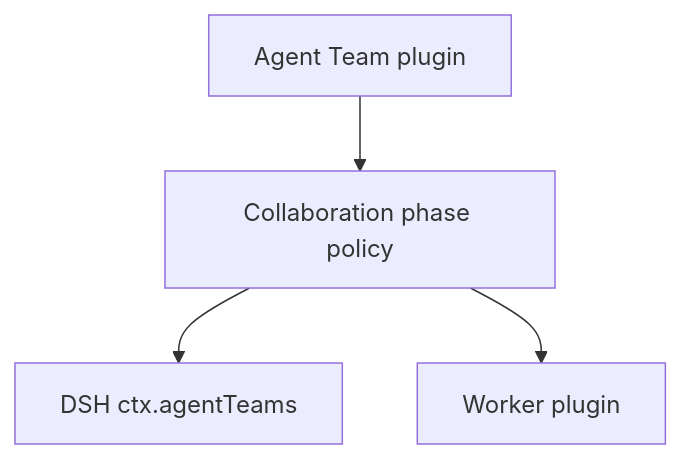
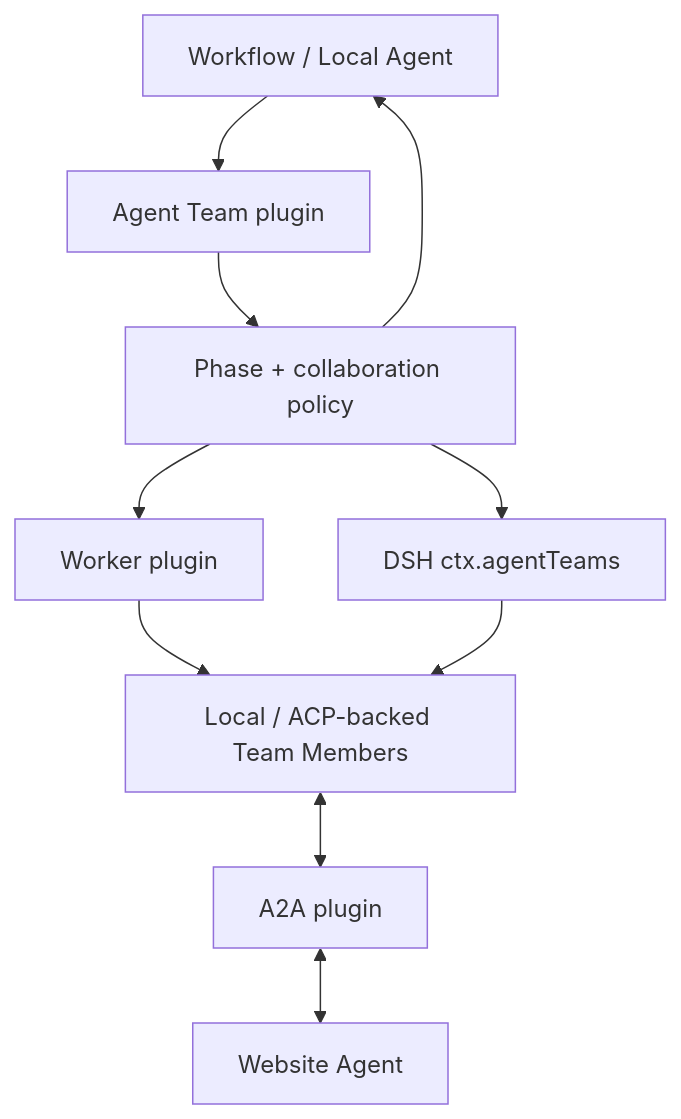
The first of 3 diagrams in docs/architecture/plugins/agent-team/README.md (tsuuanmi/AgentOS), drawn with Mermaid before and after one commit. The commit also changed other lines of this file, not shown here.

Commit message:
docs: expand canonical plugin architecture for implementation

```diff
--- a/docs/architecture/plugins/agent-team/README.md
+++ b/docs/architecture/plugins/agent-team/README.md
@@ -66,11 +14,24 @@
 ~~~mermaid
 flowchart TB
-    API[Agent Team plugin]
-    Phase[Collaboration phase policy]
+    Caller[Workflow / Local Agent]
+    TeamPlugin[Agent Team plugin]
+    Policy[Phase + collaboration policy]
+
     DSHAT[DSH ctx.agentTeams]
     Worker[Worker plugin]
+    A2A[A2A plugin]
 
-    API --> Phase
-    Phase --> DSHAT
-    Phase --> Worker
+    LocalMembers[Local / ACP-backed Team Members]
+    Website[Website Agent]
+
+    Caller --> TeamPlugin --> Policy
+    Policy --> DSHAT
+    Policy --> Worker
+    Worker --> LocalMembers
+
+    DSHAT --> LocalMembers
+    LocalMembers <--> A2A
+    A2A <--> Website
+
+    Policy --> Caller
 ~~~
```
